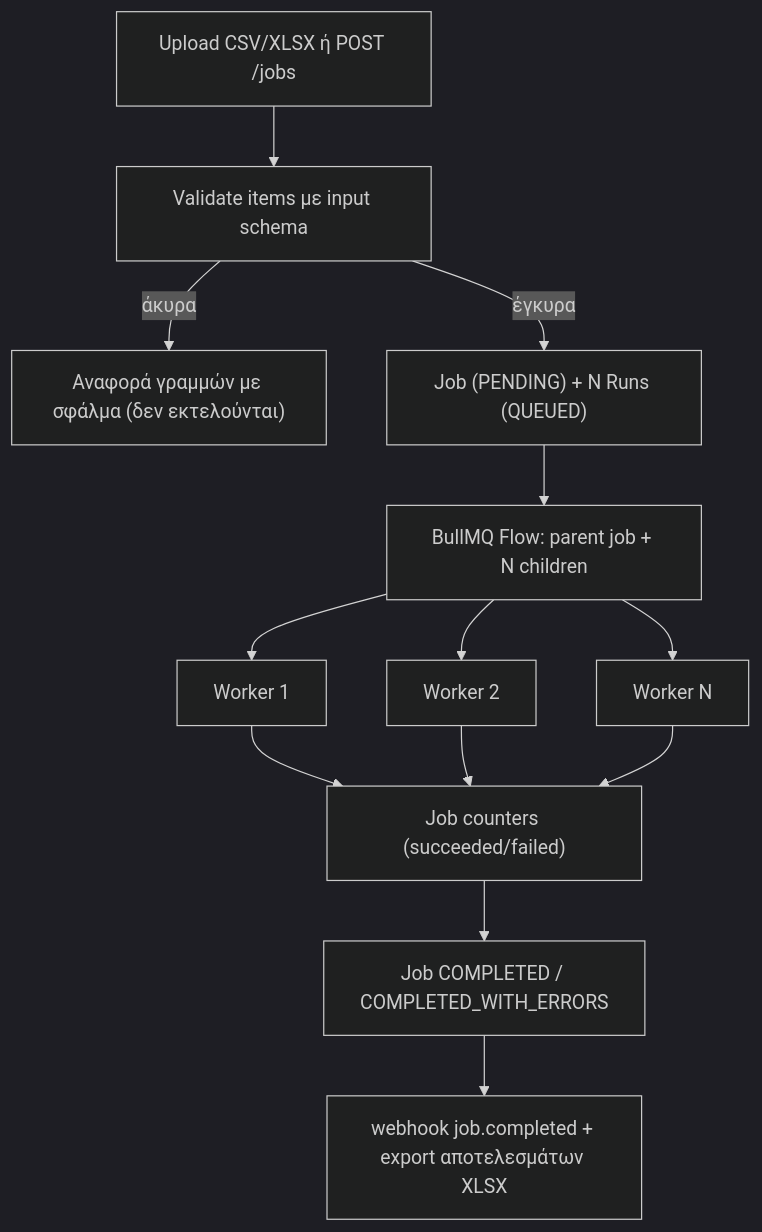
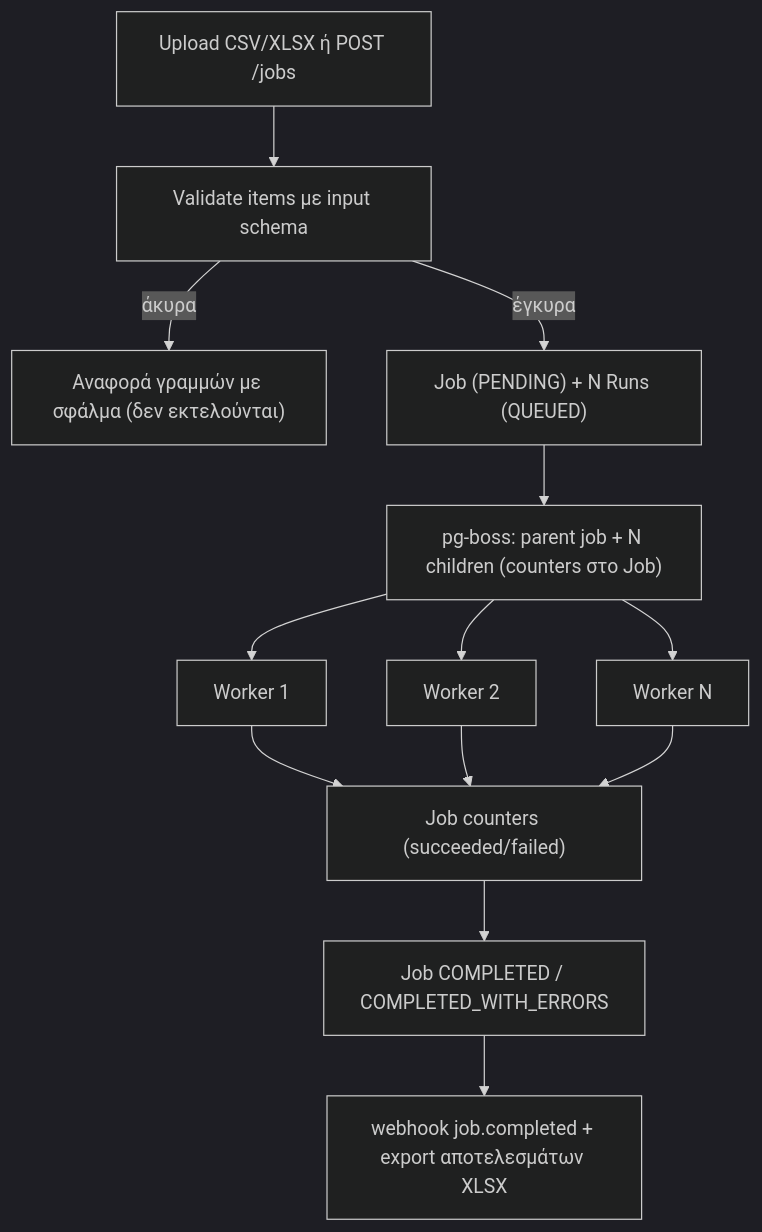
Before and after one commit to cloudzeus/DG-Complete: the fourth of 5 diagrams in docs/01-architecture.md, drawn with Mermaid (dark theme). The commit also changed other lines of this file and 25 other files, not shown here.

````diff
--- a/docs/01-architecture.md
+++ b/docs/01-architecture.md
@@ -148,11 +148,11 @@
 ```mermaid
 flowchart TD
   U["Upload CSV/XLSX ή POST /jobs"] --> V["Validate items με input schema"]
   V -->|άκυρα| R["Αναφορά γραμμών με σφάλμα (δεν εκτελούνται)"]
   V -->|έγκυρα| J["Job (PENDING) + N Runs (QUEUED)"]
-  J --> F["BullMQ Flow: parent job + N children"]
+  J --> F["pg-boss: parent job + N children (counters στο Job)"]
   F --> W1["Worker 1"] & W2["Worker 2"] & W3["Worker N"]
   W1 & W2 & W3 --> AGG["Job counters (succeeded/failed)"]
   AGG --> DONE["Job COMPLETED / COMPLETED_WITH_ERRORS"]
   DONE --> WH["webhook job.completed + export αποτελεσμάτων XLSX"]
 ```
````
